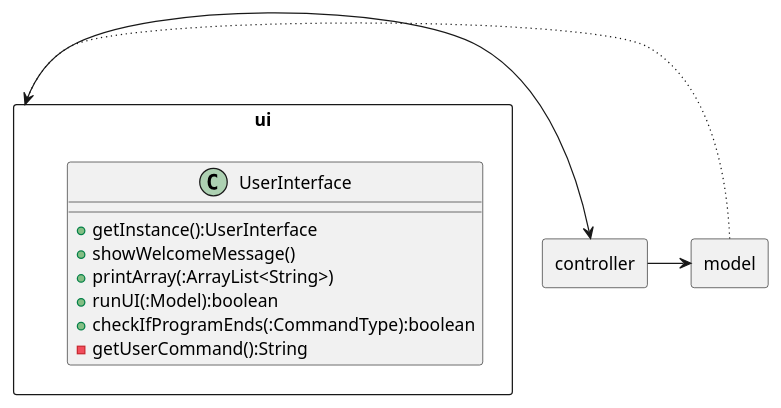
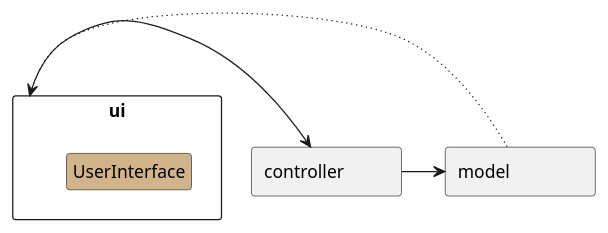
One commit to untitle4/tp changed the diagram in docs/design/UserInterfaceComponent.puml. Above: the diagram before and after it, drawn with PlantUML. The commit also changed 12 other files, not shown here.

Commit message:
Update uml diagrams to support colors

```diff
--- a/docs/design/UserInterfaceComponent.puml
+++ b/docs/design/UserInterfaceComponent.puml
@@ -1,25 +1,31 @@
 @startuml
+skinparam Shadowing false
+skinparam MinClassWidth 100
+skinparam classBackgroundColor Tan
+hide circle
+hide members
+
 package ui <<rectangle>> {
     class UserInterface {
         + getInstance():UserInterface
         + showWelcomeMessage()
         + printArray(:ArrayList<String>)
         + runUI(:Model):boolean
         + checkIfProgramEnds(:CommandType):boolean
         - getUserCommand():String
     }
 }
 
 package controller <<rectangle>> {
 
 }
 
 package model <<rectangle>> {
 
 }
 
 ui -> controller
 controller -> model
 model -[dotted]> ui
 
 @enduml
```
